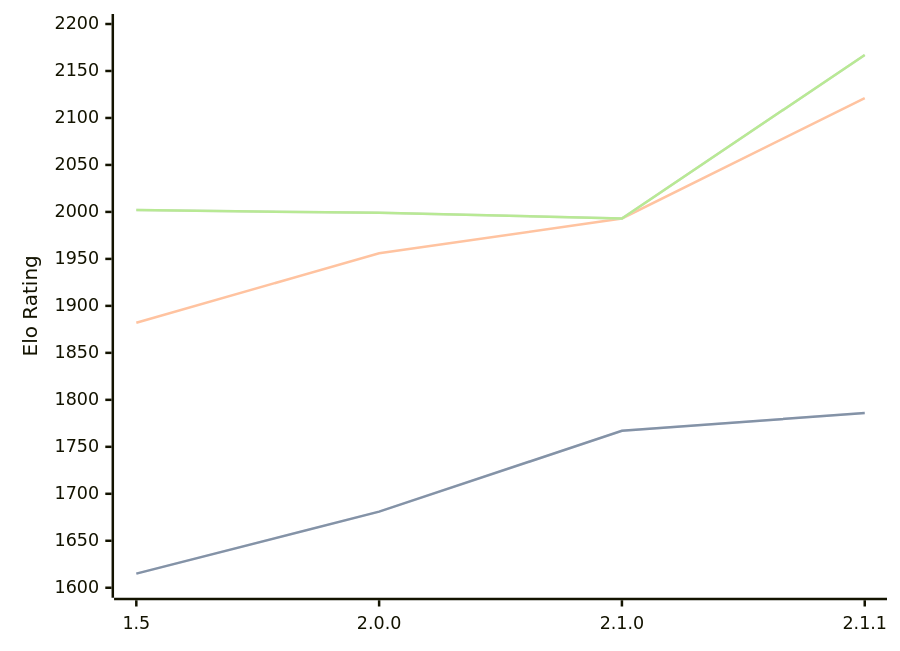
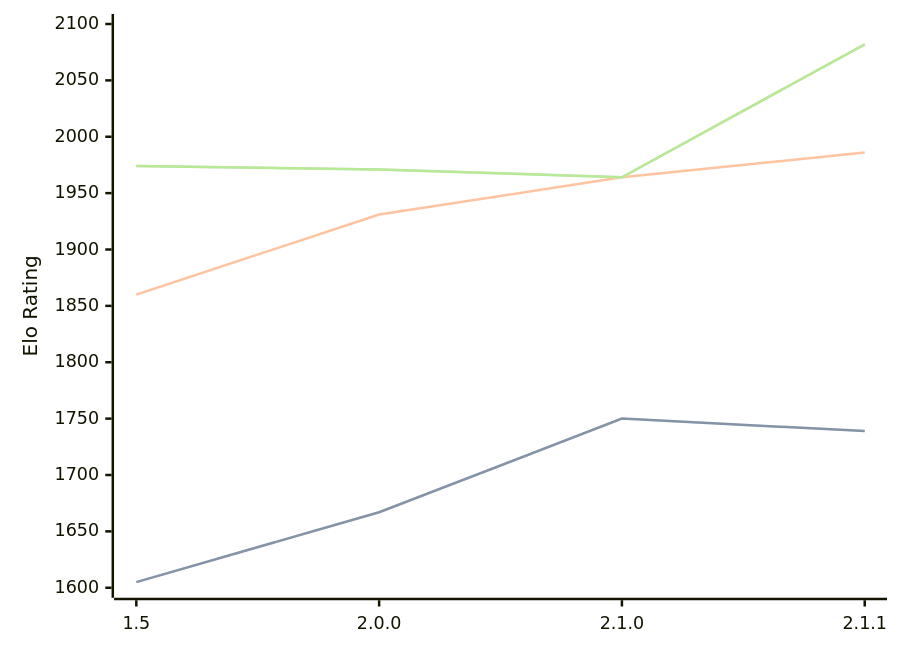
The diagram in engines/Rudim.md (computer-chess-index/cci), drawn with Mermaid before and after one commit. The commit also changed other lines of this file, not shown here.

Commit message:
Update CCI Ratings (ELO VLTC) - 2026-05-19

````diff
--- a/engines/Rudim.md
+++ b/engines/Rudim.md
@@ -39,11 +39,11 @@
 ```mermaid
 %%{init: {"theme":"base","themeVariables":{"seriesColors:['#a3a3a3','#222221','#faa371']}}}%%
 xychart-beta
   x-axis ["1.5", "2.0.0", "2.1.0", "2.1.1"]
-  y-axis "Elo Rating" 1600 --> 2200
-  line "STC (8.0+0.08s)" [1615, 1681, 1767, 1786]
-  line "STC (8.0+0.08s)" [1615, 1681, 1767, 1786]
-  line "LTC (60.0+0.60s)" [1882, 1956, 1993, 2121]
-  line "VLTC (2m24s+1.12s)" [2002, 1999, 1993, 2167]
-  line "VLTC (2m24s+1.12s)" [2002, 1999, 1993, 2167]
+  y-axis "Elo Rating" 1600 --> 2100
+  line "STC (8.0+0.08s)" [1605, 1667, 1750, 1739]
+  line "STC (8.0+0.08s)" [1605, 1667, 1750, 1739]
+  line "LTC (60.0+0.60s)" [1860, 1931, 1964, 1986]
+  line "VLTC (2m24s+1.12s)" [1974, 1971, 1964, 2082]
+  line "VLTC (2m24s+1.12s)" [1974, 1971, 1964, 2082]
 ```
````
